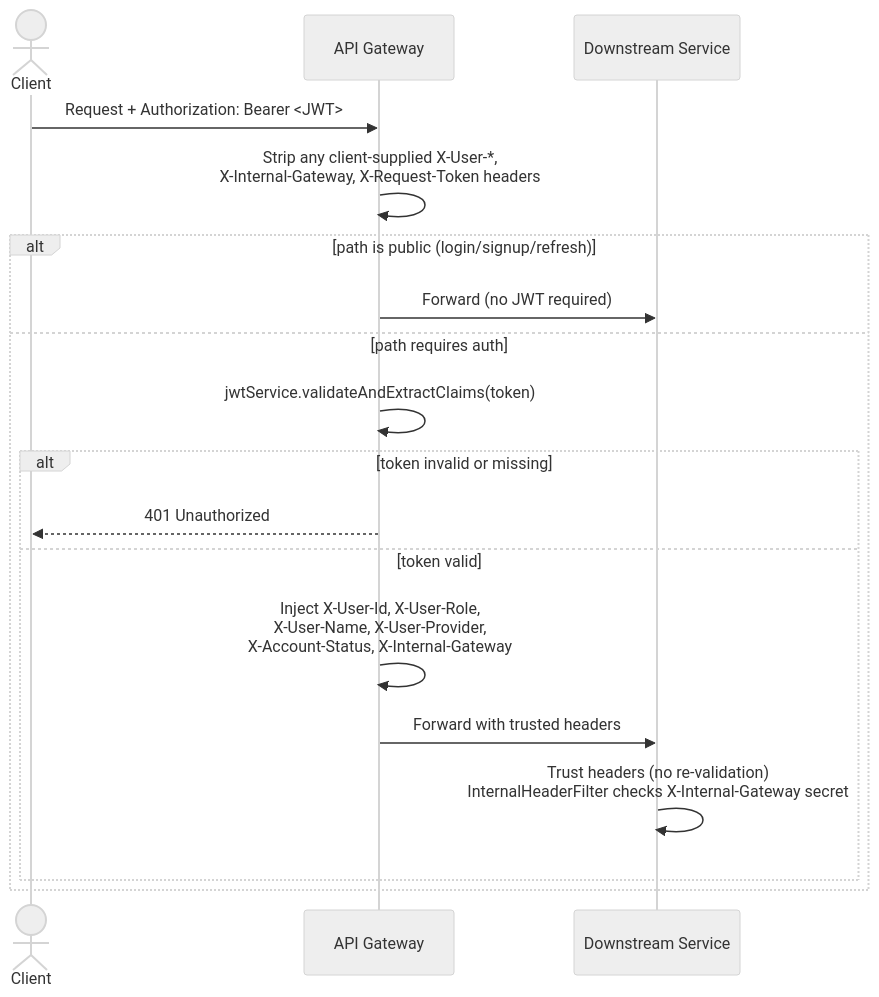
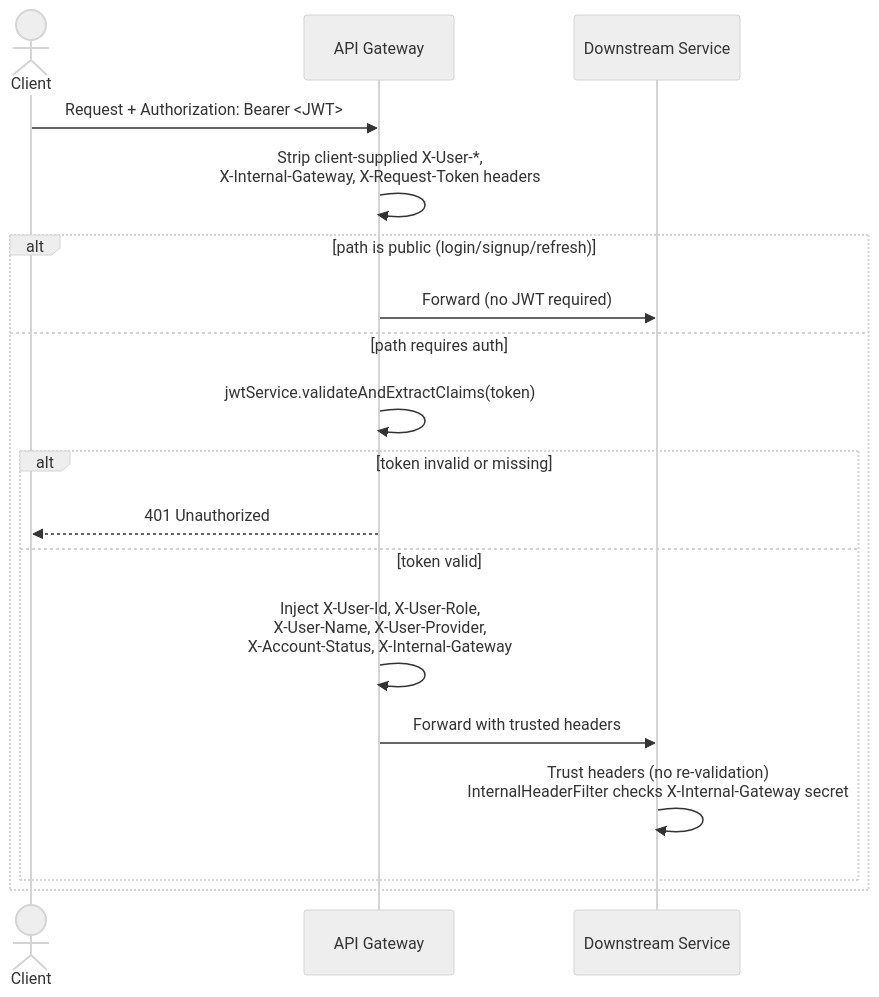
The third of 4 diagrams in README.md (S-Priyadharshan/TradeHub), drawn with Mermaid (neutral theme) before and after one commit. The commit also changed other lines of this file, not shown here.

````diff
--- a/README.md
+++ b/README.md
@@ -103,23 +155,24 @@
 ```mermaid
 sequenceDiagram
     actor Client
     participant GW as API Gateway
     participant Auth as Downstream Service
 
     Client->>GW: Request + Authorization: Bearer <JWT>
 
-    GW->>GW: Strip any client-supplied X-User-*,<br/>X-Internal-Gateway, X-Request-Token headers
+    GW->>GW: Strip client-supplied X-User-*,<br/>X-Internal-Gateway, X-Request-Token headers
 
     alt path is public (login/signup/refresh)
         GW->>Auth: Forward (no JWT required)
     else path requires auth
         GW->>GW: jwtService.validateAndExtractClaims(token)
+
         alt token invalid or missing
             GW-->>Client: 401 Unauthorized
         else token valid
             GW->>GW: Inject X-User-Id, X-User-Role,<br/>X-User-Name, X-User-Provider,<br/>X-Account-Status, X-Internal-Gateway
             GW->>Auth: Forward with trusted headers
             Auth->>Auth: Trust headers (no re-validation)<br/>InternalHeaderFilter checks X-Internal-Gateway secret
         end
     end
 ```
````
